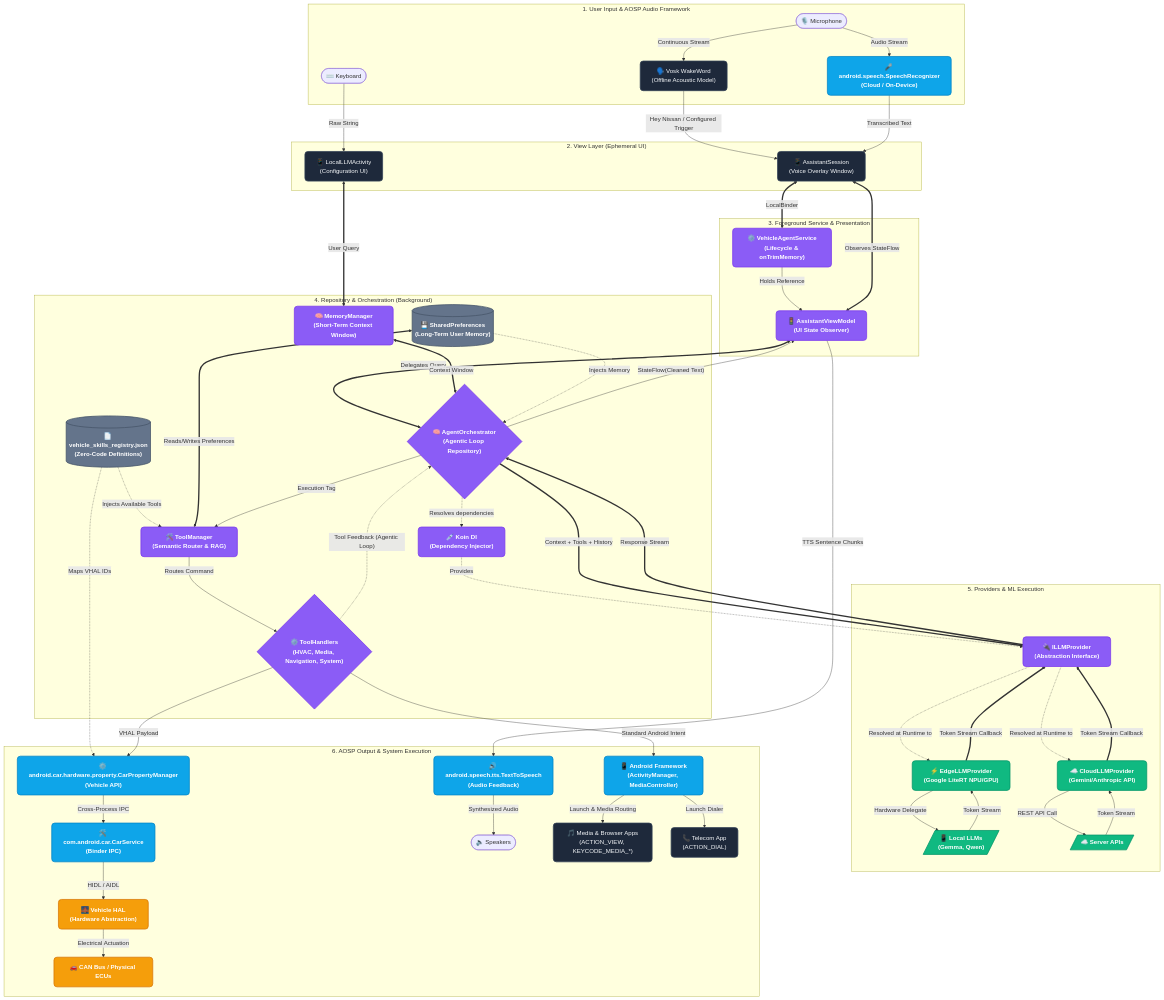
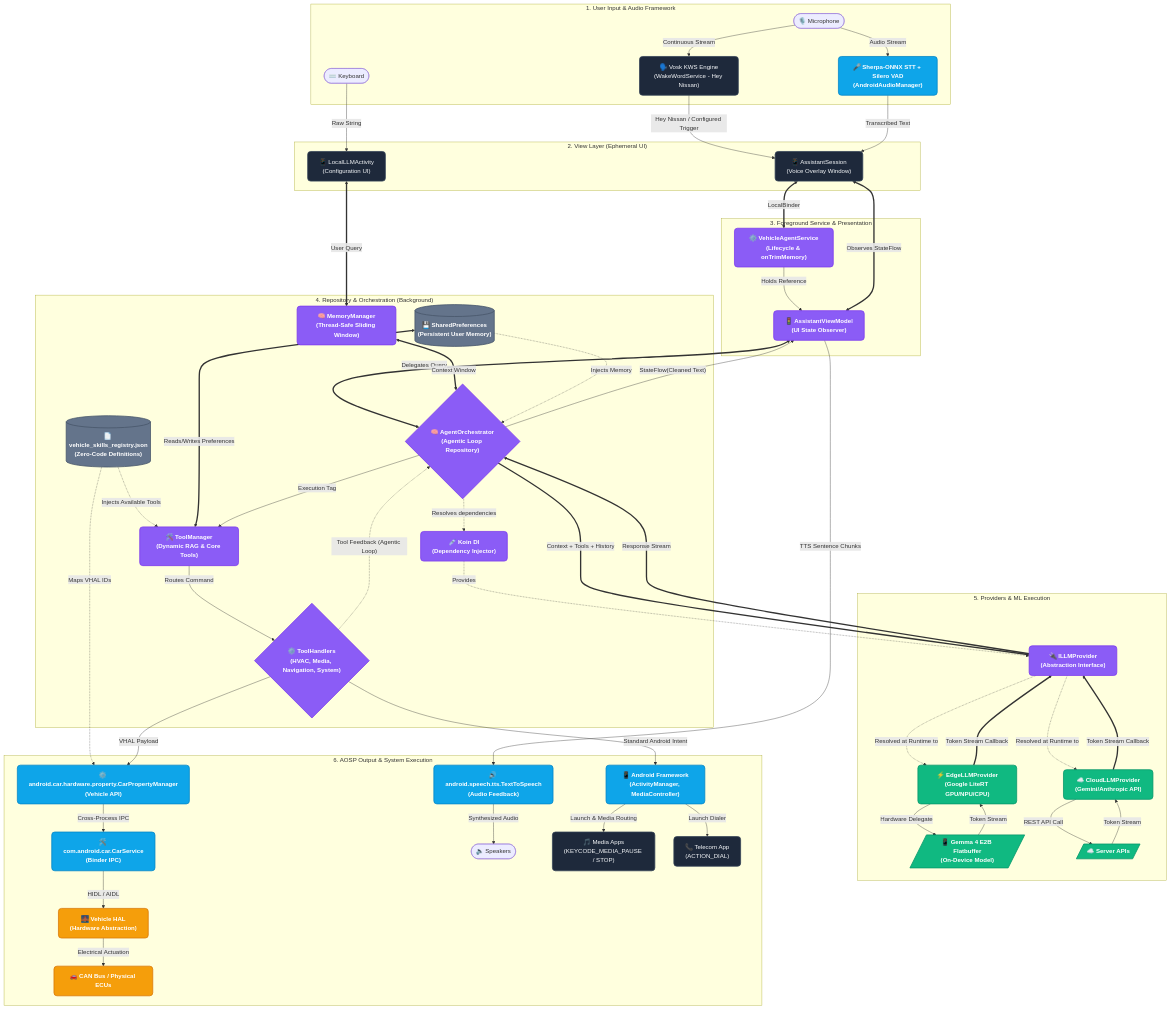
Before and after one commit to hemangpandhi/ai-assistant: the second of 2 diagrams in ARCHITECTURE.md, drawn with Mermaid. The commit also changed other lines of this file, not shown here.

Commit message:
docs: complete update of ARCHITECTURE.md detailing Sherpa-ONNX STT, Vosk KWS, Google LiteRT flatbuffer engine, VHAL integration, and 5-layer test suite

```diff
--- a/ARCHITECTURE.md
+++ b/ARCHITECTURE.md
@@ -122,11 +141,11 @@
     classDef hardware fill:#F59E0B,stroke:#D97706,stroke-width:2px,color:#FFFFFF,rx:8px,ry:8px,font-weight:bold;
     classDef config fill:#64748B,stroke:#475569,stroke-width:2px,color:#FFFFFF,rx:8px,ry:8px,font-weight:bold;
 
-    subgraph Input ["1. User Input & AOSP Audio Framework"]
+    subgraph Input ["1. User Input & Audio Framework"]
         MIC([🎙️ Microphone])
         TXT([⌨️ Keyboard])
-        STT["🎤 android.speech.SpeechRecognizer<br/>(Cloud / On-Device)"]:::aospAPI
-        VOSK["🗣️ Vosk WakeWord<br/>(Offline Acoustic Model)"]:::sysApp
+        STT["🎤 Sherpa-ONNX STT + Silero VAD<br/>(AndroidAudioManager)"]:::aospAPI
+        VOSK["🗣️ Vosk KWS Engine<br/>(WakeWordService - Hey Nissan)"]:::sysApp
     end
 
     subgraph AppUI ["2. View Layer (Ephemeral UI)"]
@@ -142,18 +161,18 @@
     subgraph Orchestration ["4. Repository & Orchestration (Background)"]
         ORCH{"🧠 AgentOrchestrator<br/>(Agentic Loop Repository)"}:::logic
         KOIN["💉 Koin DI<br/>(Dependency Injector)"]:::logic
-        TM["🛠️ ToolManager<br/>(Semantic Router & RAG)"]:::logic
+        TM["🛠️ ToolManager<br/>(Dynamic RAG & Core Tools)"]:::logic
         HANDLERS{"⚙️ ToolHandlers<br/>(HVAC, Media, Navigation, System)"}:::logic
-        MEM["🧠 MemoryManager<br/>(Short-Term Context Window)"]:::logic
+        MEM["🧠 MemoryManager<br/>(Thread-Safe Sliding Window)"]:::logic
         JSON[("📄 vehicle_skills_registry.json<br/>(Zero-Code Definitions)")]:::config
-        PREFS[("💾 SharedPreferences<br/>(Long-Term User Memory)")]:::config
+        PREFS[("💾 SharedPreferences<br/>(Persistent User Memory)")]:::config
     end
 
     subgraph Inference ["5. Providers & ML Execution"]
         ILLM["🔌 ILLMProvider<br/>(Abstraction Interface)"]:::logic
-        EDGE["⚡ EdgeLLMProvider<br/>(Google LiteRT NPU/GPU)"]:::ai
+        EDGE["⚡ EdgeLLMProvider<br/>(Google LiteRT GPU/NPU/CPU)"]:::ai
         CLOUD["☁️ CloudLLMProvider<br/>(Gemini/Anthropic API)"]:::ai
-        LOCAL[/"📱 Local LLMs<br/>(Gemma, Qwen)"/]:::ai
+        LOCAL[/"📱 Gemma 4 E2B Flatbuffer<br/>(On-Device Model)"/]:::ai
         CLOUD_SERVER[/"☁️ Server APIs"/]:::ai
     end
 
@@ -165,7 +184,7 @@
         CAN["🚗 CAN Bus / Physical ECUs"]:::hardware
         SPK([🔈 Speakers])
         INTENTS["📱 Android Framework<br/>(ActivityManager, MediaController)"]:::aospAPI
-        MEDIA["🎵 Media & Browser Apps<br/>(ACTION_VIEW, KEYCODE_MEDIA_*)"]:::sysApp
+        MEDIA["🎵 Media Apps<br/>(KEYCODE_MEDIA_PAUSE / STOP)"]:::sysApp
         PHONE["📞 Telecom App<br/>(ACTION_DIAL)"]:::sysApp
     end
 
```
